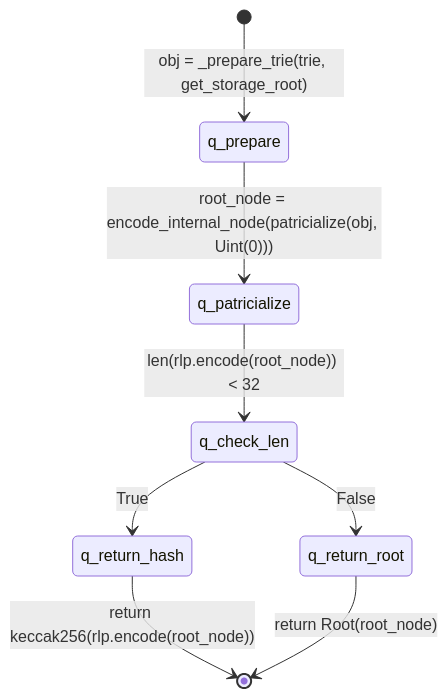
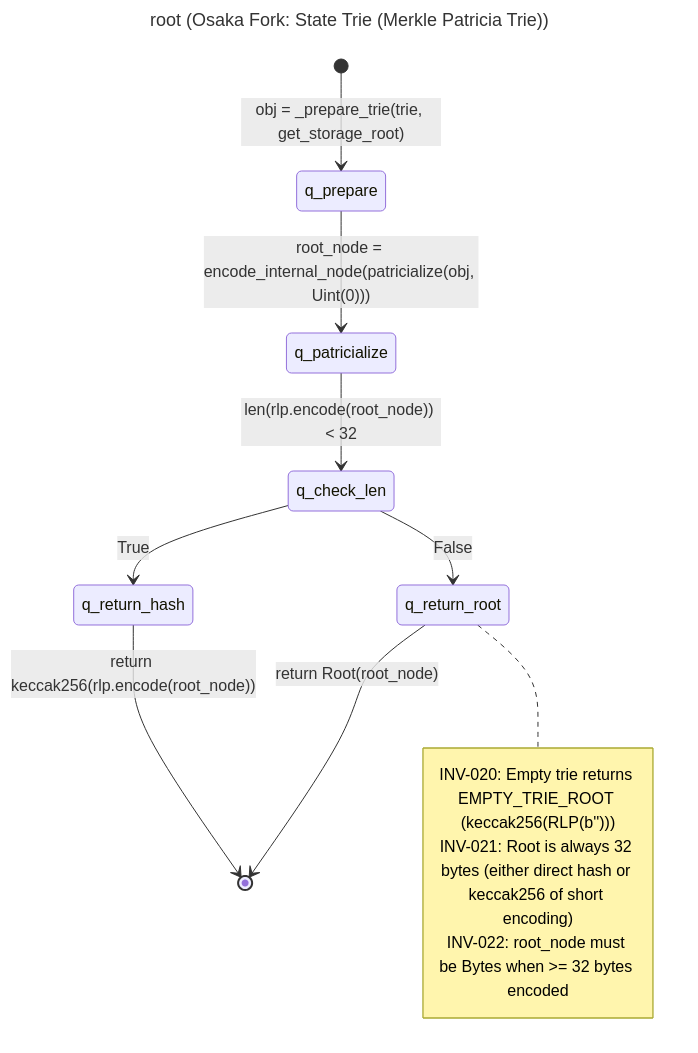
One commit to NyxFoundation/speca changed the diagram in outputs/graphs/W5B14_1770272943/osaka-trie/SG-010_root.mmd. Above: the diagram before and after it, drawn with Mermaid. The commit also changed 144 other files, not shown here.

```diff
--- a/outputs/graphs/W5B14_1770272943/osaka-trie/SG-010_root.mmd
+++ b/outputs/graphs/W5B14_1770272943/osaka-trie/SG-010_root.mmd
@@ -1,9 +1,17 @@
+---
+title: "root (Osaka Fork: State Trie (Merkle Patricia Trie))"
+---
 stateDiagram-v2
     direction TB
     [*] --> q_prepare: obj = _prepare_trie(trie, get_storage_root)
     q_prepare --> q_patricialize: root_node = encode_internal_node(patricialize(obj, Uint(0)))
     q_patricialize --> q_check_len: len(rlp.encode(root_node)) < 32
     q_check_len --> q_return_hash: True
     q_check_len --> q_return_root: False
     q_return_hash --> [*]: return keccak256(rlp.encode(root_node))
     q_return_root --> [*]: return Root(root_node)
+    note right of q_return_root
+        INV-020: Empty trie returns EMPTY_TRIE_ROOT (keccak256(RLP(b'')))
+        INV-021: Root is always 32 bytes (either direct hash or keccak256 of short encoding)
+        INV-022: root_node must be Bytes when >= 32 bytes encoded
+    end note
```
